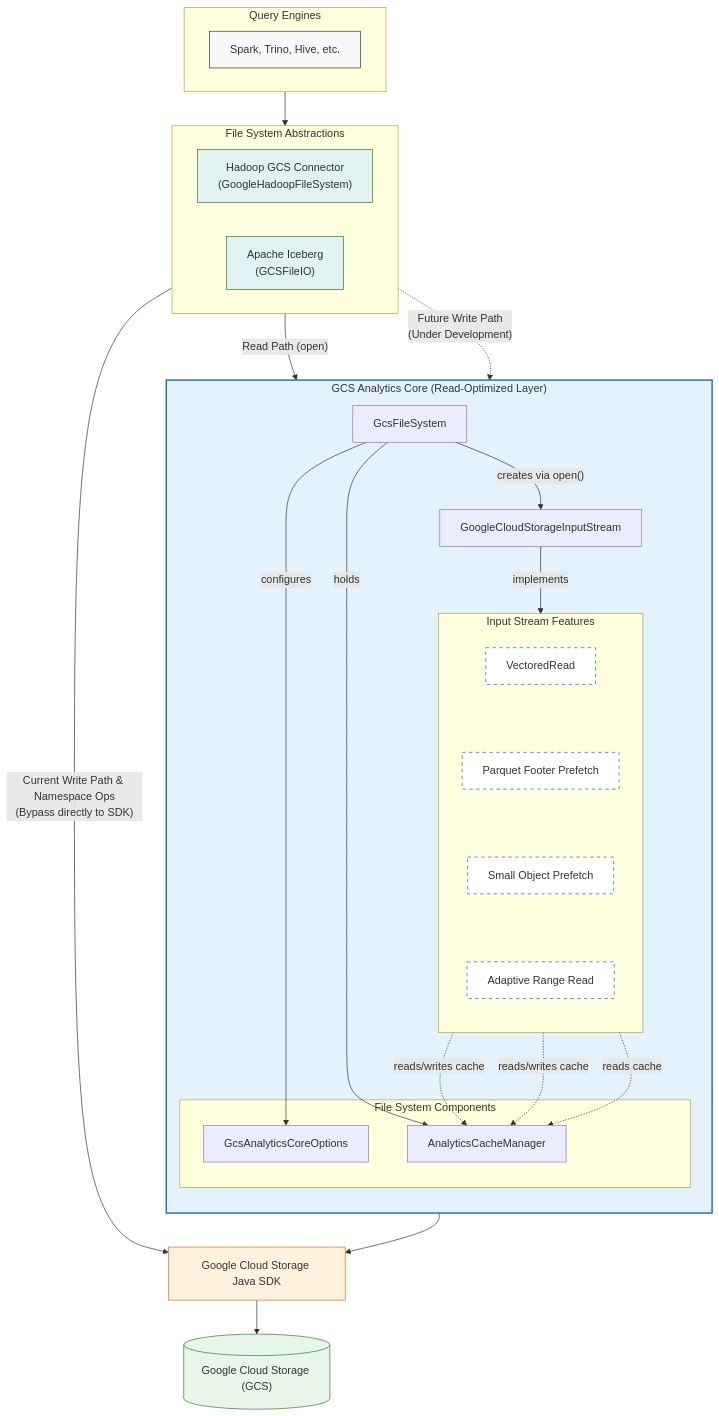
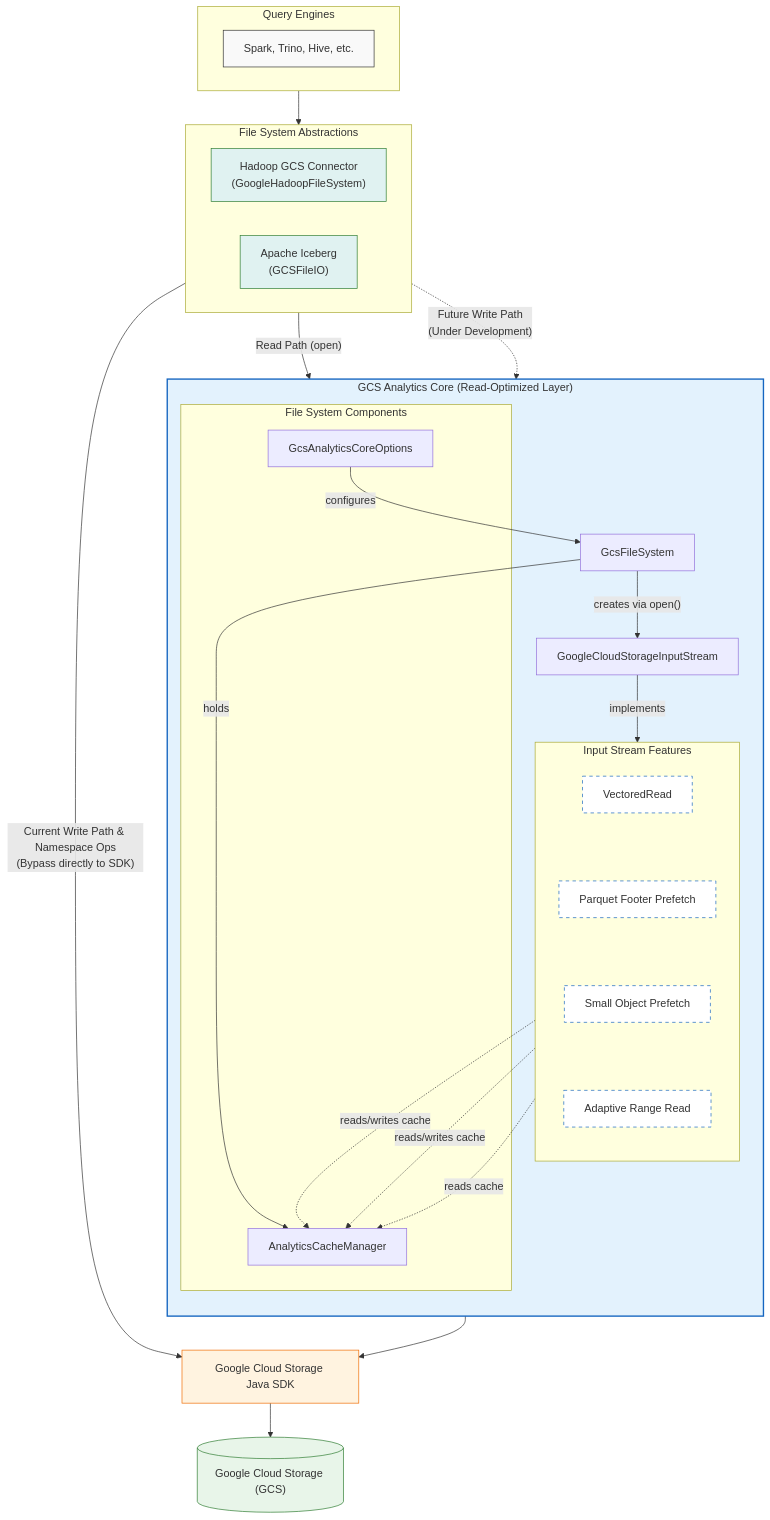
The diagram in README.md (GoogleCloudPlatform/gcs-analytics-core), drawn with Mermaid before and after one commit. The commit also changed other lines of this file, not shown here.

````diff
--- a/README.md
+++ b/README.md
@@ -31,79 +31,79 @@
 ```mermaid
 graph TD
     %% Top Layer: Query Engines
     subgraph Engines ["Query Engines"]
         QE["Spark, Trino, Hive, etc."]
     end
 
     %% Abstraction Layer
     subgraph Abstractions ["File System Abstractions"]
         direction LR
         FSA1["Hadoop GCS Connector<br>(GoogleHadoopFileSystem)"]
         FSA2["Apache Iceberg<br>(GCSFileIO)"]
     end
 
     %% Middle Layer: GCS Analytics Core
     subgraph Core ["GCS Analytics Core (Read-Optimized Layer)"]
         direction TB
 
         GFS_NODE["GcsFileSystem"]
         GCSIS_NODE["GoogleCloudStorageInputStream"]
 
         subgraph GFS ["File System Components"]
             GACO["GcsAnalyticsCoreOptions"]
             ACM["AnalyticsCacheManager"]
         end
 
         subgraph GCSIS ["Input Stream Features"]
             direction TB
             VIO["VectoredRead"]
             PFP["Parquet Footer Prefetch"]
             SOP["Small Object Prefetch"]
             ARR["Adaptive Range Read"]
 
             VIO ~~~ PFP ~~~ SOP ~~~ ARR
         end
 
-        GFS_NODE -- "configures" --> GACO
+        GACO -- "configures" --> GFS_NODE
         GFS_NODE -- "holds" --> ACM
 
         GCSIS_NODE -- "implements" --> VIO
 
         GFS_NODE -- "creates via open()" --> GCSIS_NODE
 
         PFP -. "reads/writes cache" .-> ACM
         SOP -. "reads/writes cache" .-> ACM
         VIO -. "reads cache" .-> ACM
     end
 
     %% Lower Layers
     Lib["Google Cloud Storage Java SDK"]
     GCS[("Google Cloud Storage (GCS)")]
 
     %% Relationships
     Engines --> Abstractions
 
     %% Scope Clarification: Core is Read-Only currently
     Abstractions -- "Read Path (open)" --> Core
     Abstractions -. "Future Write Path<br>(Under Development)" .-> Core
     Abstractions -- "Current Write Path & Namespace Ops<br>(Bypass directly to SDK)" --> Lib
 
     %% Flow downwards
     Core --> Lib
     Lib --> GCS
 
     %% Styling for visual clarity
     classDef engine fill:#f9f9f9,stroke:#333,stroke-width:1px;
     classDef abstraction fill:#e0f2f1,stroke:#2e7d32,stroke-width:1px;
     classDef core fill:#e3f2fd,stroke:#1565c0,stroke-width:2px;
     classDef feature fill:#ffffff,stroke:#1565c0,stroke-dasharray: 5 5;
     classDef lib fill:#fff3e0,stroke:#ef6c00,stroke-width:1px;
     classDef storage fill:#e8f5e9,stroke:#2e7d32,stroke-width:1px;
 
     class QE engine;
     class FSA1,FSA2 abstraction;
     class Core core;
     class VIO,PFP,SOP,ARR feature;
     class Lib lib;
     class GCS storage;
 ```
````
